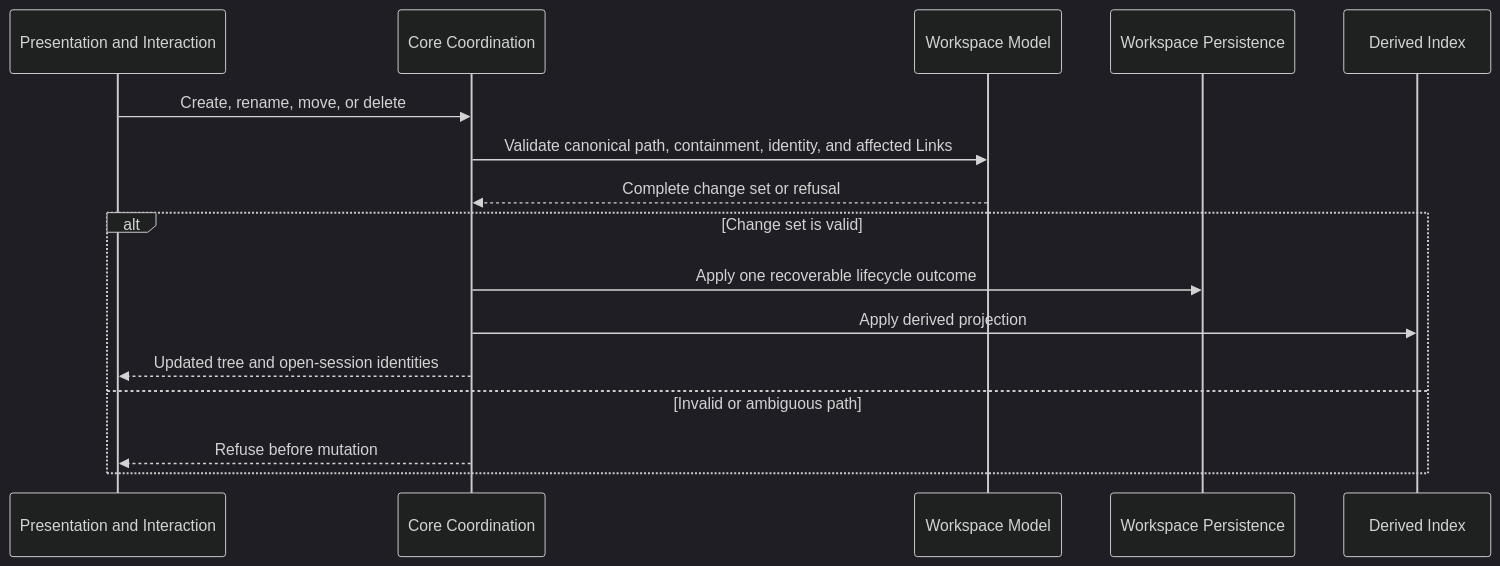
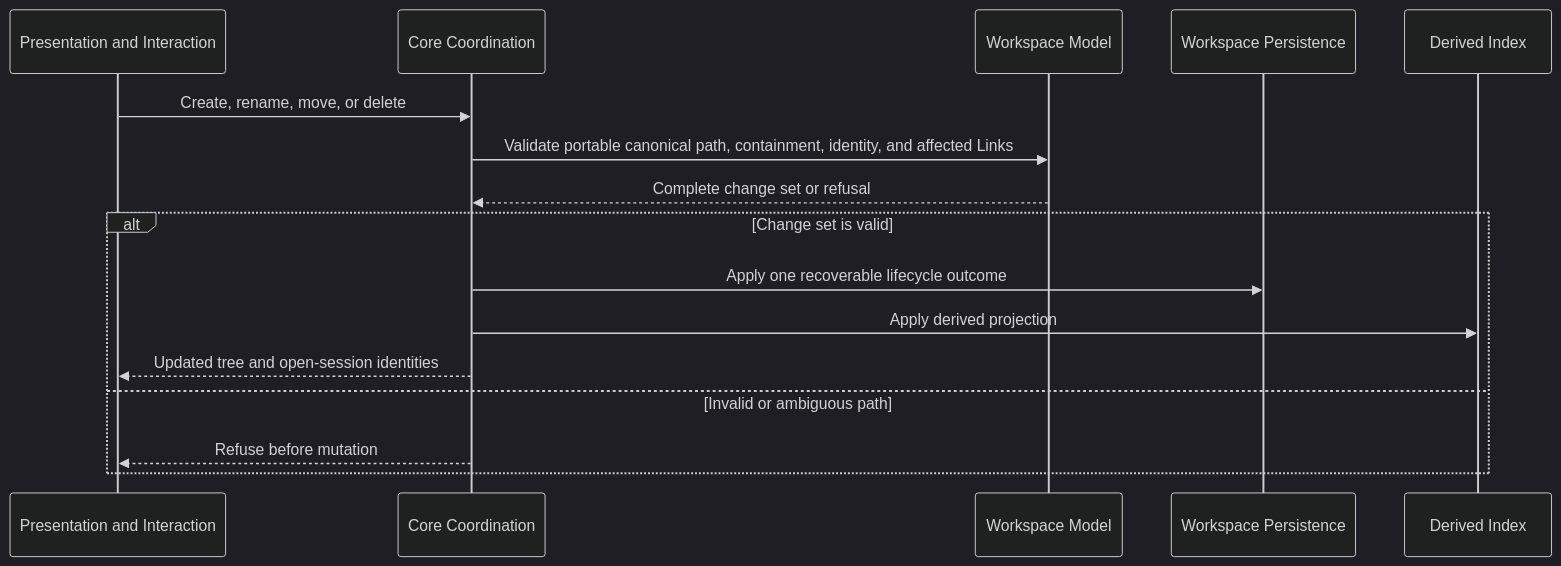
The diagram in .constitution/architecture/flows/flow-note-lifecycle.md (SkrOYC/burlmd), drawn with Mermaid (dark theme) before and after one commit. The commit also changed other lines of this file and 85 other files, not shown here.

First line of the commit message:
docs: align constitution layers with private Linux-first roadmap

````diff
--- a/.constitution/architecture/flows/flow-note-lifecycle.md
+++ b/.constitution/architecture/flows/flow-note-lifecycle.md
@@ -15,19 +15,19 @@
 ```mermaid
 sequenceDiagram
     participant UI as Presentation and Interaction
     participant Core as Core Coordination
     participant Workspace as Workspace Model
     participant Persist as Workspace Persistence
     participant Index as Derived Index
 
     UI->>Core: Create, rename, move, or delete
-    Core->>Workspace: Validate canonical path, containment, identity, and affected Links
+    Core->>Workspace: Validate portable canonical path, containment, identity, and affected Links
     Workspace-->>Core: Complete change set or refusal
     alt Change set is valid
         Core->>Persist: Apply one recoverable lifecycle outcome
         Core->>Index: Apply derived projection
         Core-->>UI: Updated tree and open-session identities
     else Invalid or ambiguous path
         Core-->>UI: Refuse before mutation
     end
 ```
````
